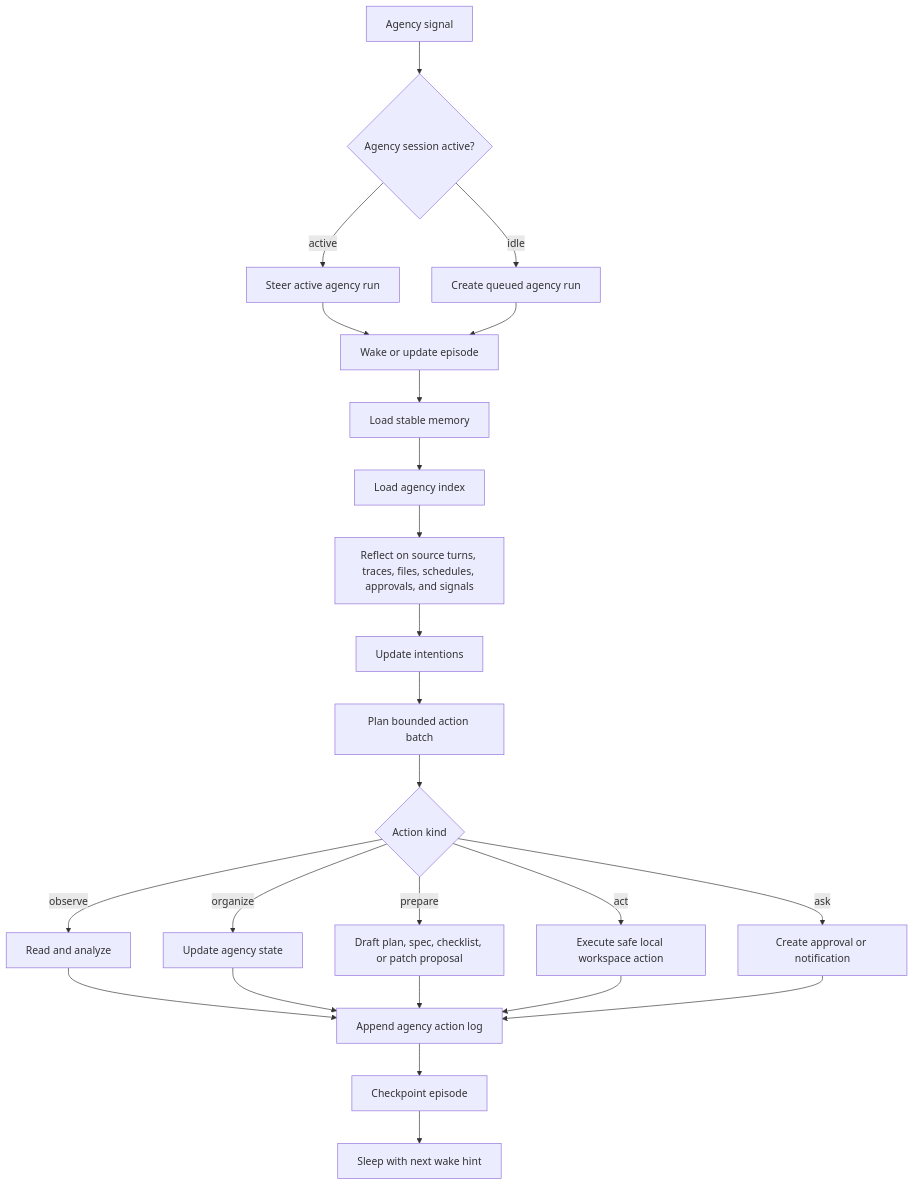
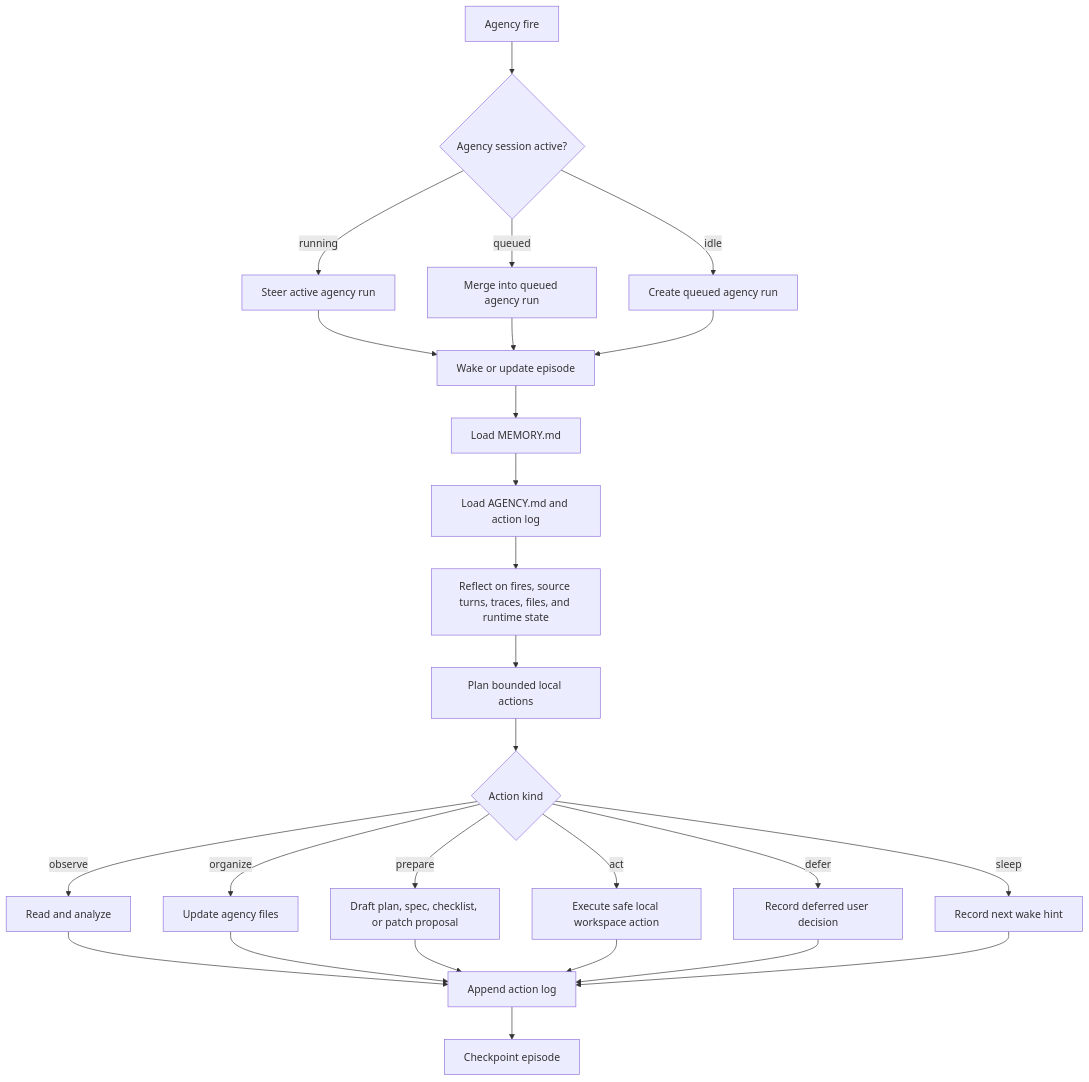
One commit to Alexsu26/ya-mono changed the first of 4 diagrams in packages/ya-claw/spec/11-session-agency.md. Above: the diagram before and after it, drawn with Mermaid. The commit also changed other lines of this file and 28 other files, not shown here.

First line of the commit message:
feat(claw): add singleton agency runtime (#233)

````diff
--- a/packages/ya-claw/spec/11-session-agency.md
+++ b/packages/ya-claw/spec/11-session-agency.md
@@ -33,26 +32,28 @@
 ```mermaid
 flowchart TD
-    SIG[Agency signal] --> G{Agency session active?}
-    G -->|active| ST[Steer active agency run]
+    FIRE[Agency fire] --> G{Agency session active?}
+    G -->|running| ST[Steer active agency run]
+    G -->|queued| M[Merge into queued agency run]
     G -->|idle| Q[Create queued agency run]
     ST --> W[Wake or update episode]
+    M --> W
     Q --> W
-    W --> M[Load stable memory]
-    M --> A[Load agency index]
-    A --> R[Reflect on source turns, traces, files, schedules, approvals, and signals]
-    R --> I[Update intentions]
-    I --> P[Plan bounded action batch]
+    W --> MEM[Load MEMORY.md]
+    MEM --> IDX[Load AGENCY.md and action log]
+    IDX --> R[Reflect on fires, source turns, traces, files, and runtime state]
+    R --> P[Plan bounded local actions]
     P --> X{Action kind}
     X -->|observe| O[Read and analyze]
-    X -->|organize| G2[Update agency state]
+    X -->|organize| ORG[Update agency files]
     X -->|prepare| D[Draft plan, spec, checklist, or patch proposal]
-    X -->|act| T[Execute safe local workspace action]
-    X -->|ask| H[Create approval or notification]
-    O --> L[Append agency action log]
-    G2 --> L
+    X -->|act| A[Execute safe local workspace action]
+    X -->|defer| DF[Record deferred user decision]
+    X -->|sleep| S[Record next wake hint]
+    O --> L[Append action log]
+    ORG --> L
     D --> L
-    T --> L
-    H --> L
+    A --> L
+    DF --> L
+    S --> L
     L --> C[Checkpoint episode]
-    C --> Z[Sleep with next wake hint]
 ```
````
